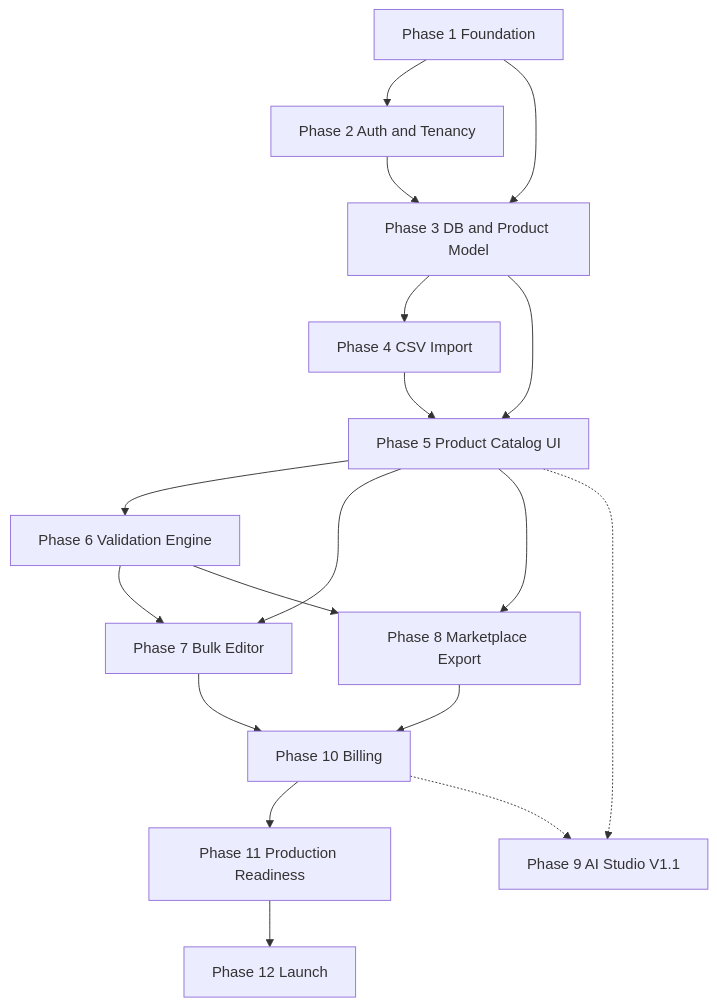
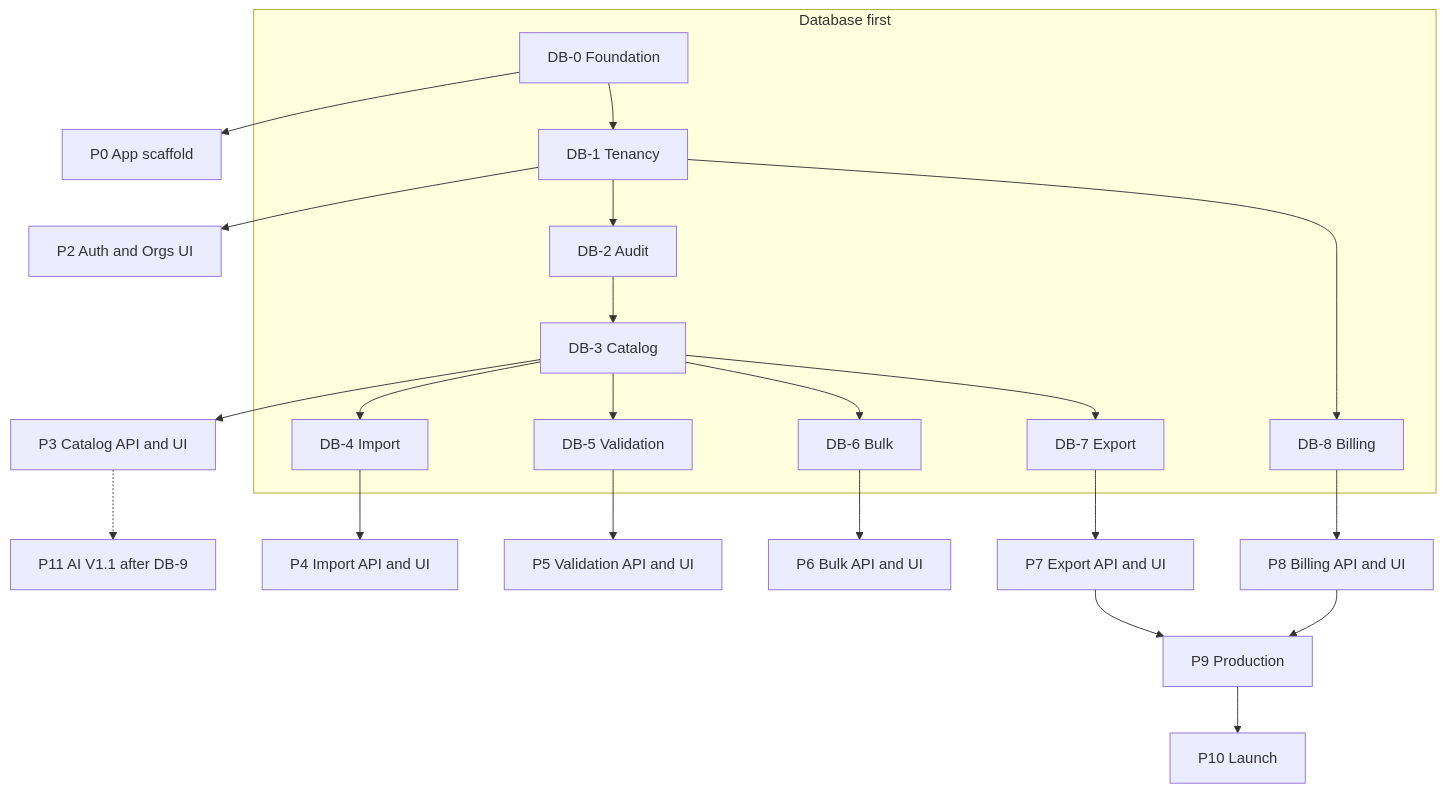
One commit to faidmulaosmanovic-prog/catalog-pilot changed the diagram in docs/development/DEVELOPMENT_ROADMAP.md. Above: the diagram before and after it, drawn with Mermaid. The commit also changed other lines of this file and 7 other files, not shown here.

First line of the commit message:
docs: add database-first phases (DB-0 through DB-9)

````diff
--- a/docs/development/DEVELOPMENT_ROADMAP.md
+++ b/docs/development/DEVELOPMENT_ROADMAP.md
@@ -15,20 +28,34 @@
 ```mermaid
 flowchart TD
-  P1[Phase 1 Foundation] --> P2[Phase 2 Auth and Tenancy]
-  P1 --> P3[Phase 3 DB and Product Model]
-  P2 --> P3
-  P3 --> P4[Phase 4 CSV Import]
-  P3 --> P5[Phase 5 Product Catalog UI]
-  P4 --> P5
-  P5 --> P6[Phase 6 Validation Engine]
-  P5 --> P7[Phase 7 Bulk Editor]
-  P6 --> P7
-  P5 --> P8[Phase 8 Marketplace Export]
-  P6 --> P8
-  P8 --> P10[Phase 10 Billing]
-  P7 --> P10
-  P10 --> P11[Phase 11 Production Readiness]
-  P11 --> P12[Phase 12 Launch]
-  P5 -.-> P9[Phase 9 AI Studio V1.1]
-  P10 -.-> P9
+  subgraph db [Database first]
+    DB0[DB-0 Foundation]
+    DB1[DB-1 Tenancy]
+    DB2[DB-2 Audit]
+    DB3[DB-3 Catalog]
+    DB4[DB-4 Import]
+    DB5[DB-5 Validation]
+    DB6[DB-6 Bulk]
+    DB7[DB-7 Export]
+    DB8[DB-8 Billing]
+  end
+  DB0 --> P0[P0 App scaffold]
+  DB0 --> DB1
+  DB1 --> P2[P2 Auth and Orgs UI]
+  DB1 --> DB2
+  DB2 --> DB3
+  DB3 --> P3[P3 Catalog API and UI]
+  DB3 --> DB4
+  DB4 --> P4[P4 Import API and UI]
+  DB3 --> DB5
+  DB5 --> P5[P5 Validation API and UI]
+  DB3 --> DB6
+  DB6 --> P6[P6 Bulk API and UI]
+  DB3 --> DB7
+  DB7 --> P7[P7 Export API and UI]
+  DB1 --> DB8
+  DB8 --> P8[P8 Billing API and UI]
+  P7 --> P9[P9 Production]
+  P8 --> P9
+  P9 --> P10[P10 Launch]
+  P3 -.-> P11[P11 AI V1.1 after DB-9]
 ```
````
